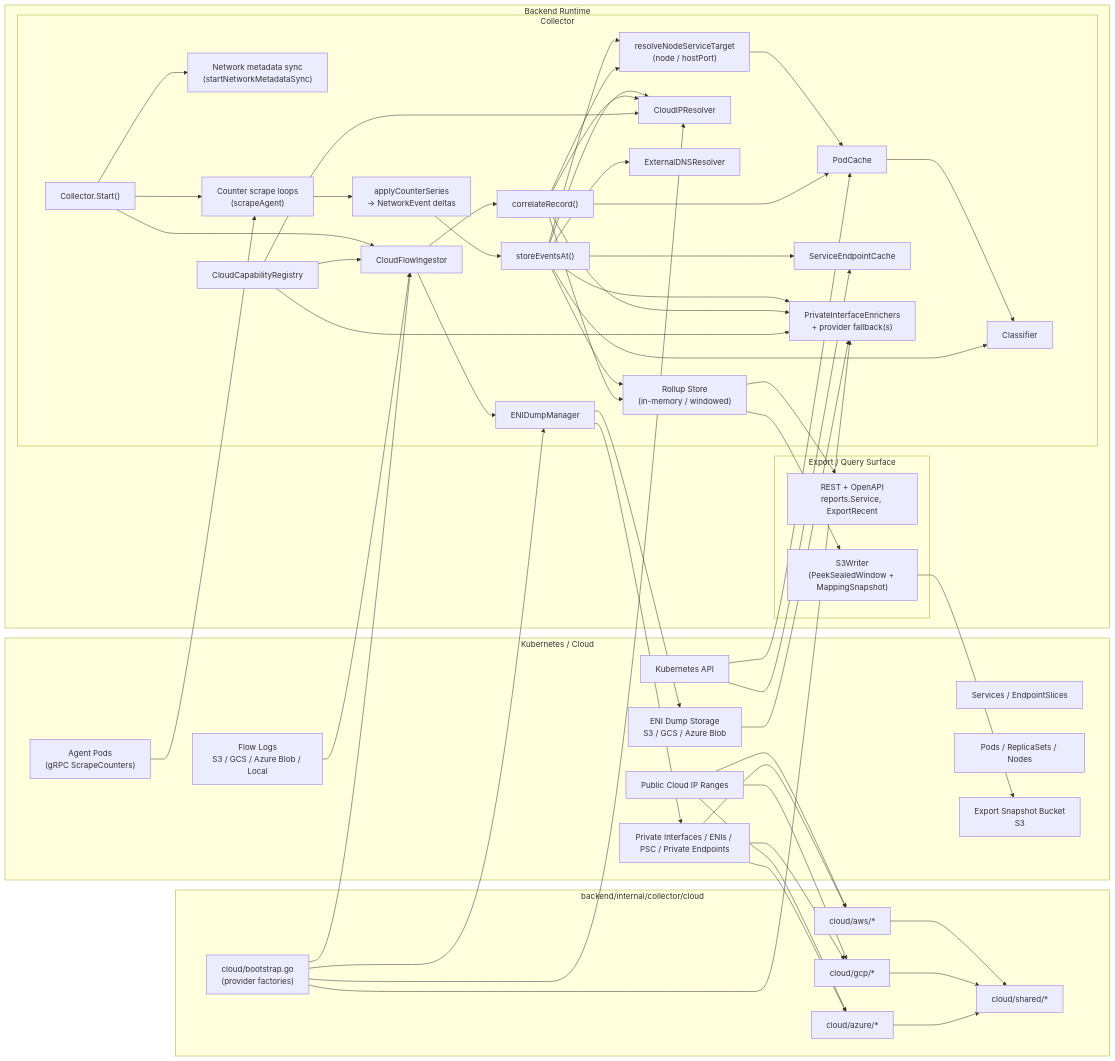
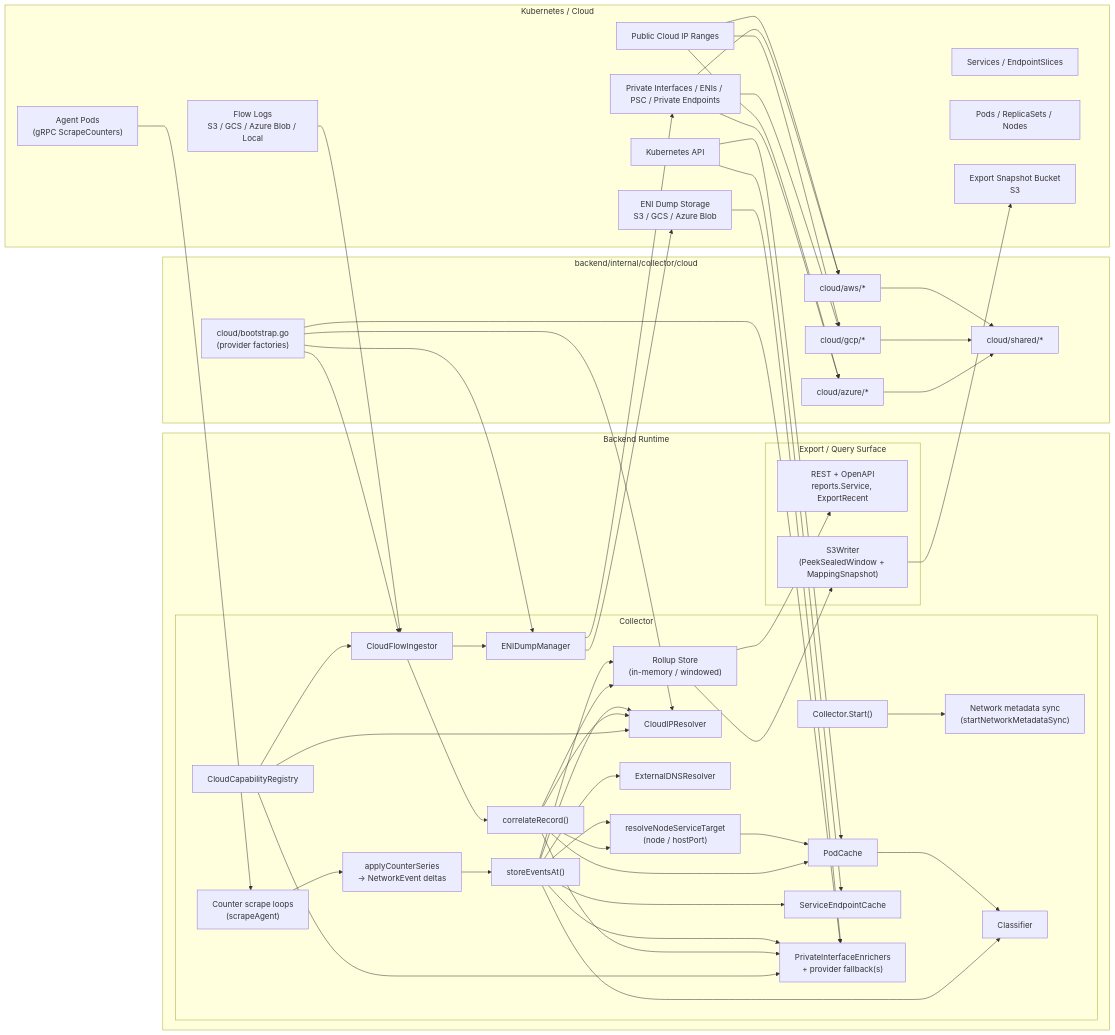
The diagram in spaces/main/new-page5/new-page22.md (amitbet/documents), drawn with Mermaid before and after one commit.

Commit message:
wiki: update spaces/main/new-page5/new-page22.md

```diff
--- a/spaces/main/new-page5/new-page22.md
+++ b/spaces/main/new-page5/new-page22.md
@@ -60,8 +60,6 @@
     end
 
     Start --> NetMeta
-    Start --> ScrapeLoops
-    Start --> FlowIngestor
     FlowIngestor --> ENIDump
 
     Agents --> ScrapeLoops
```
